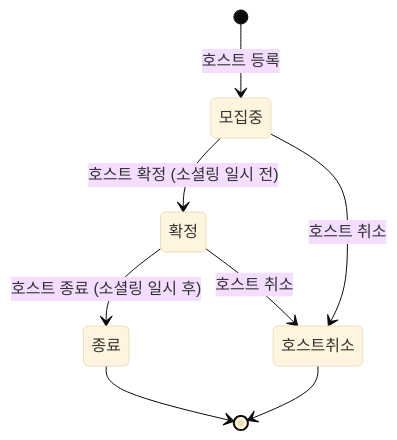
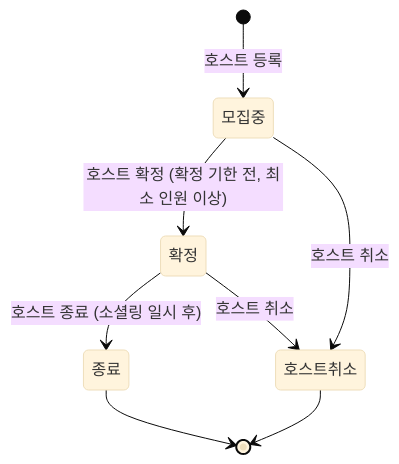
Before and after one commit to happyeuny/socialing-mvp: the first of 3 diagrams in docs/spec.md, drawn with Mermaid (base theme). The commit also changed other lines of this file and 28 other files, not shown here.

````diff
--- a/docs/spec.md
+++ b/docs/spec.md
@@ -60,10 +64,10 @@
 ```mermaid
 stateDiagram-v2
     [*] --> 모집중: 호스트 등록
-    모집중 --> 확정: 호스트 확정 (소셜링 일시 전)
+    모집중 --> 확정: 호스트 확정 (확정 기한 전, 최소 인원 이상)
     모집중 --> 호스트취소: 호스트 취소
     확정 --> 종료: 호스트 종료 (소셜링 일시 후)
     확정 --> 호스트취소: 호스트 취소
     종료 --> [*]
     호스트취소 --> [*]
 ```
````
